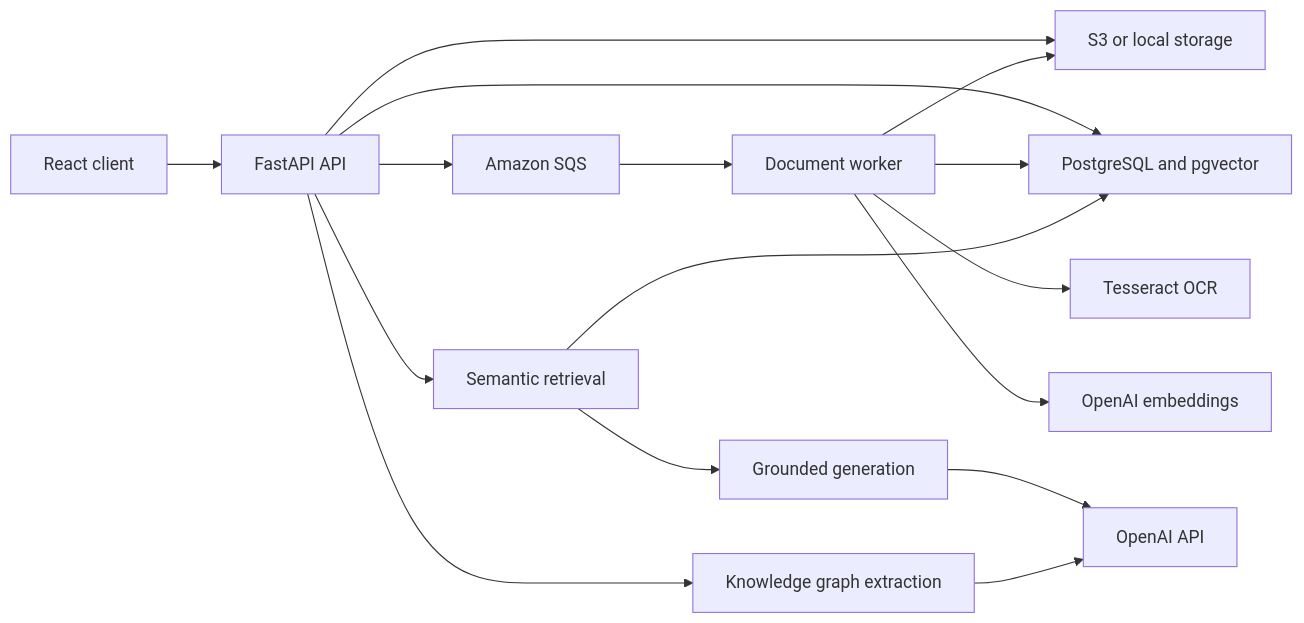
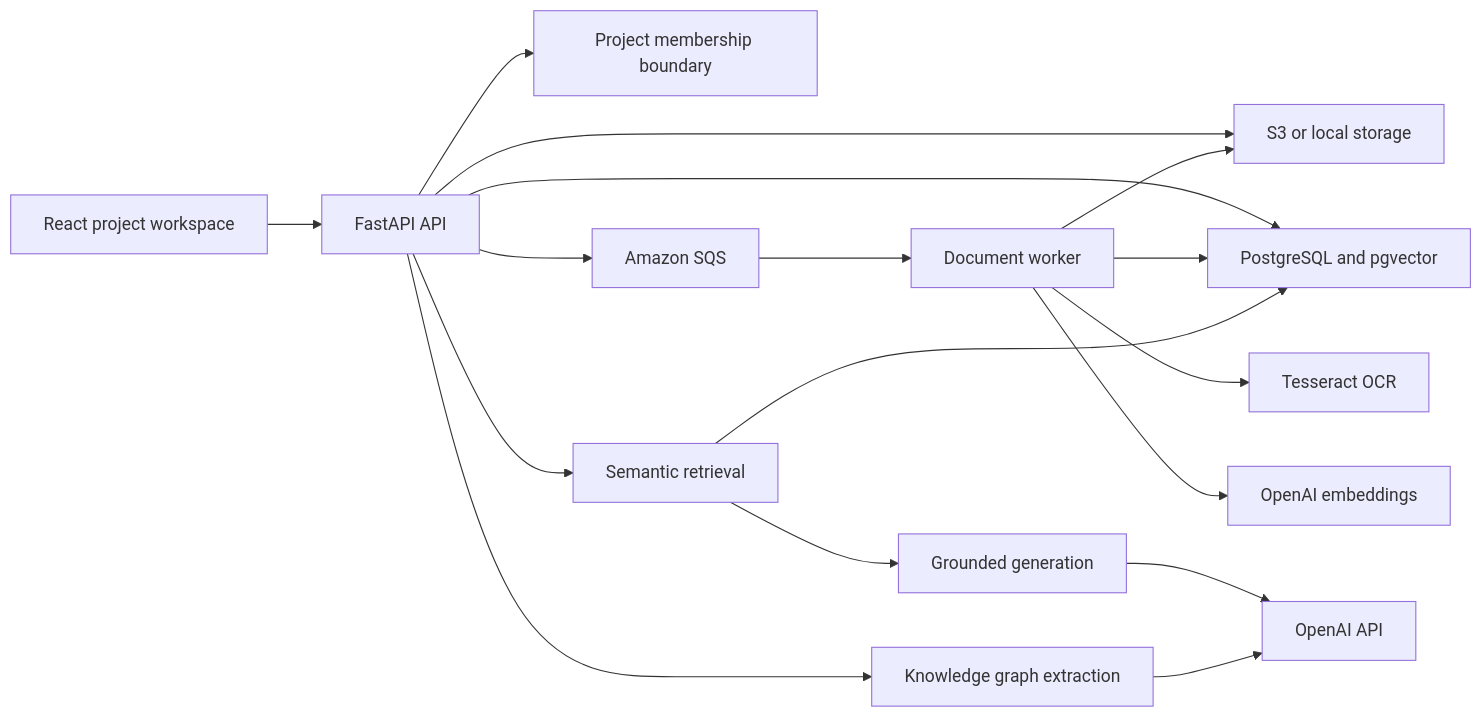
The diagram in README.md (ashhforrd/Intellect), drawn with Mermaid before and after one commit. The commit also changed other lines of this file and 67 other files, not shown here.

````diff
--- a/README.md
+++ b/README.md
@@ -48,18 +51,19 @@
 ```mermaid
 flowchart LR
-    Browser[React client] --> API[FastAPI API]
+    Browser[React project workspace] --> API[FastAPI API]
+    API --> Access[Project membership boundary]
     API --> Storage[S3 or local storage]
     API --> Database[PostgreSQL and pgvector]
     API --> Queue[Amazon SQS]
     Queue --> Worker[Document worker]
     Worker --> Storage
     Worker --> OCR[Tesseract OCR]
     Worker --> Embeddings[OpenAI embeddings]
     Worker --> Database
     API --> Retrieval[Semantic retrieval]
     Retrieval --> Database
     Retrieval --> Generation[Grounded generation]
     Generation --> OpenAI[OpenAI API]
     API --> Graph[Knowledge graph extraction]
     Graph --> OpenAI
 ```
````
